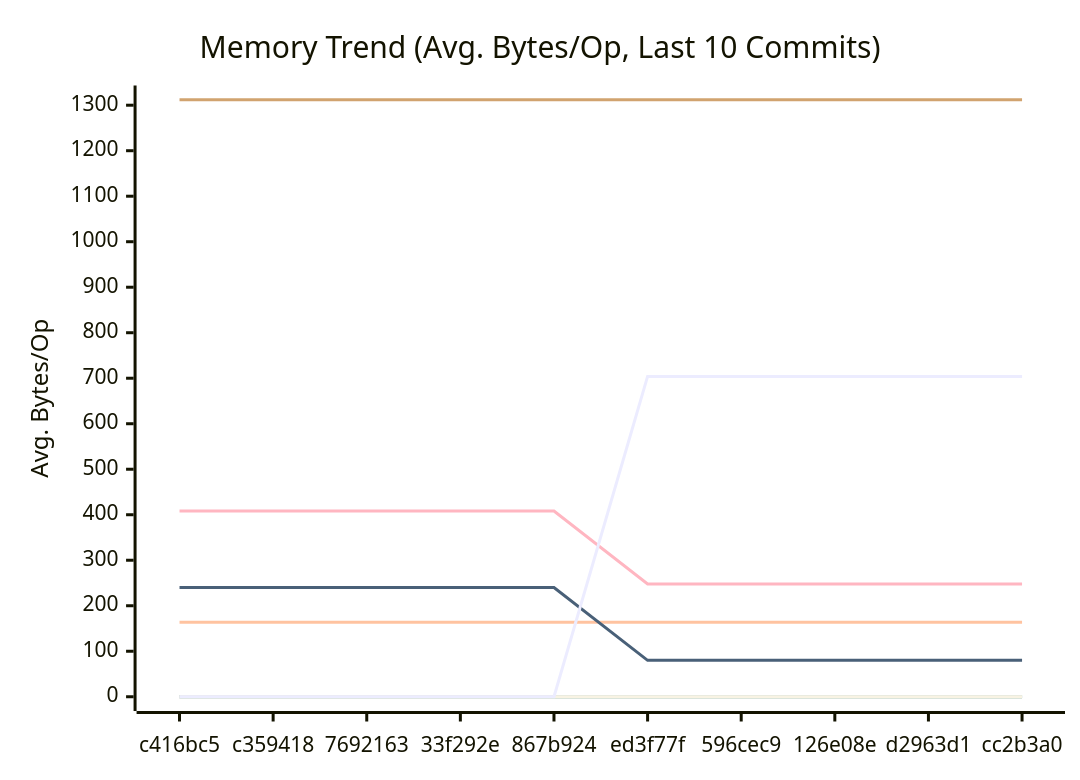
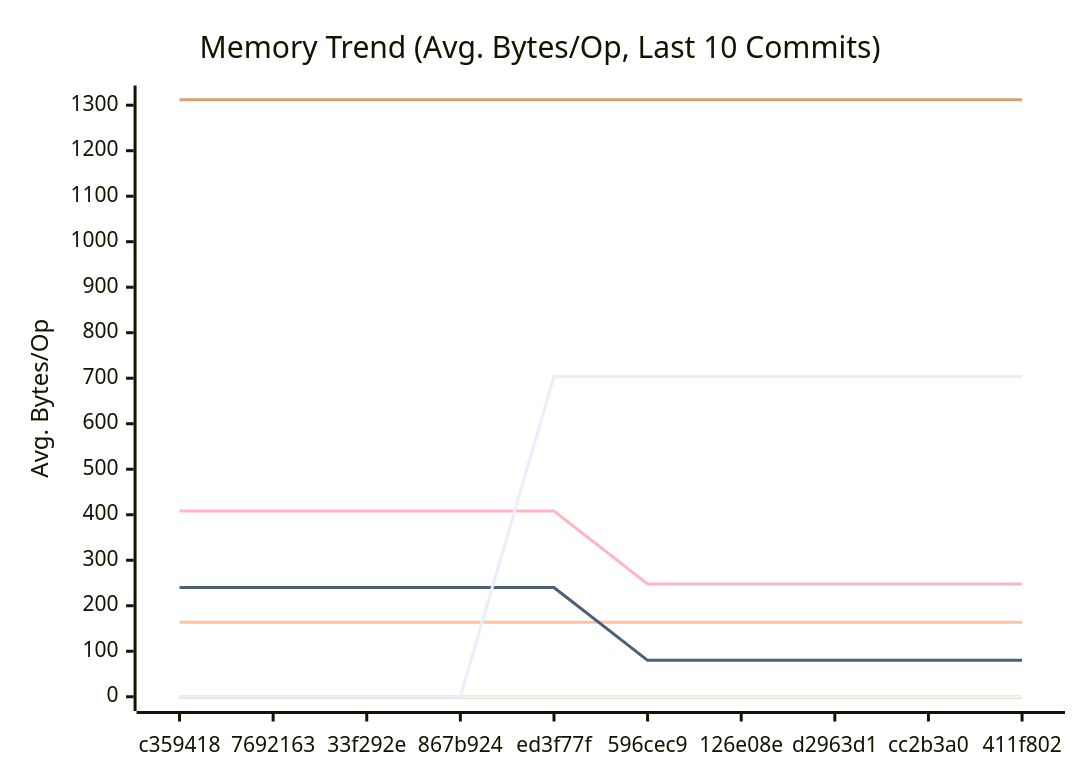
Before and after one commit to alsotoes/momo: the second of 3 diagrams in docs/PERFORMANCE.md, drawn with Mermaid. The commit also changed other lines of this file and 4 other files, not shown here.

````diff
--- a/docs/PERFORMANCE.md
+++ b/docs/PERFORMANCE.md
@@ -152,18 +152,18 @@
 ```mermaid
 xychart-beta
     title "Memory Trend (Avg. Bytes/Op, Last 10 Commits)"
     x-axis "Commit"
     y-axis "Avg. Bytes/Op"
-    x-axis [c416bc5,c359418,7692163,33f292e,867b924,ed3f77f,596cec9,126e08e,d2963d1,cc2b3a0]
+    x-axis [c359418,7692163,33f292e,867b924,ed3f77f,596cec9,126e08e,d2963d1,cc2b3a0,411f802]
     line "CheckMetricsAndSwap" [0,0,0,0,0,0,0,0,0,0]
     line "CrushOptimized" [0,0,0,0,0,0,0,0,0,0]
     line "CrushOriginal" [164,164,164,164,164,164,164,164,164,164]
     line "IndexDirectTracking" [0,0,0,0,0,0,0,0,0,0]
     line "IndexSearch" [0,0,0,0,0,0,0,0,0,0]
     line "LoadGlobalConfig" [1312,1312,1312,1312,1312,1312,1312,1312,1312,1312]
     line "PadString" [0,0,0,0,0,0,0,0,0,0]
     line "ParseReplicationOrder_NoPrealloc" [408,408,408,408,408,248,248,248,248,248]
     line "ParseReplicationOrder_Prealloc" [240,240,240,240,240,80,80,80,80,80]
     line "SanitizeLog/Safe" [0,0,0,0,0,0,0,0,0,0]
-    line "SanitizeLog/Unsafe" [0,0,0,0,0,704,704,704,704,704]
+    line "SanitizeLog/Unsafe" [0,0,0,0,704,704,704,704,704,704]
 ```
````
